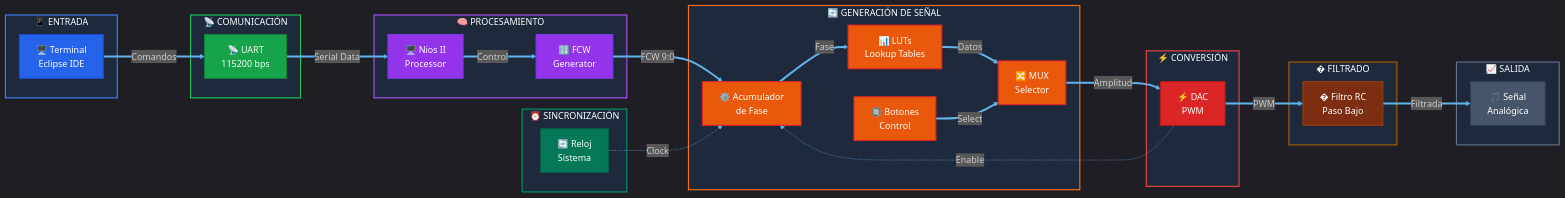
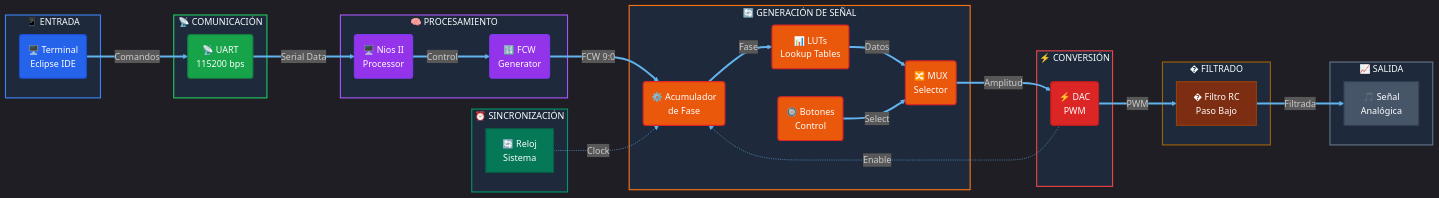
The second of 3 diagrams in README.md (Cahura/DDS-Direct-Digital-Synthesis), drawn with Mermaid before and after one commit. The commit also changed other lines of this file, not shown here.

```diff
--- a/README.md
+++ b/README.md
@@ -142,27 +151,27 @@
 %%{init: {'theme':'dark', 'themeVariables': { 'primaryColor': '#2d3748', 'primaryTextColor': '#e2e8f0', 'primaryBorderColor': '#4a5568', 'lineColor': '#63b3ed', 'secondaryColor': '#1a202c', 'tertiaryColor': '#2d3748'}}}%%
 flowchart LR
     subgraph INPUT ["📱 ENTRADA"]
-        A["🖥️ Terminal<br/>Eclipse IDE"]
+        A("🖥️ Terminal<br/>Eclipse IDE")
     end
     
     subgraph COMM ["📡 COMUNICACIÓN"]
-        B["📡 UART<br/>115200 bps"]
+        B("📡 UART<br/>115200 bps")
     end
     
     subgraph PROC ["🧠 PROCESAMIENTO"]
-        C["🖥️ Nios II<br/>Processor"]
-        D["🔢 FCW<br/>Generator"]
+        C("🖥️ Nios II<br/>Processor")
+        D("🔢 FCW<br/>Generator")
     end
     
     subgraph SIGNAL ["🔄 GENERACIÓN DE SEÑAL"]
-        E["⚙️ Acumulador<br/>de Fase"]
-        F["📊 LUTs<br/>Lookup Tables"]
-        G["🔀 MUX<br/>Selector"]
-        H["🔘 Botones<br/>Control"]
+        E("⚙️ Acumulador<br/>de Fase")
+        F("📊 LUTs<br/>Lookup Tables")
+        G("🔀 MUX<br/>Selector")
+        H("🔘 Botones<br/>Control")
     end
     
     subgraph CONV ["⚡ CONVERSIÓN"]
-        I["⚡ DAC<br/>PWM"]
+        I("⚡ DAC<br/>PWM")
     end
     
     subgraph FILTER ["� FILTRADO"]
```
